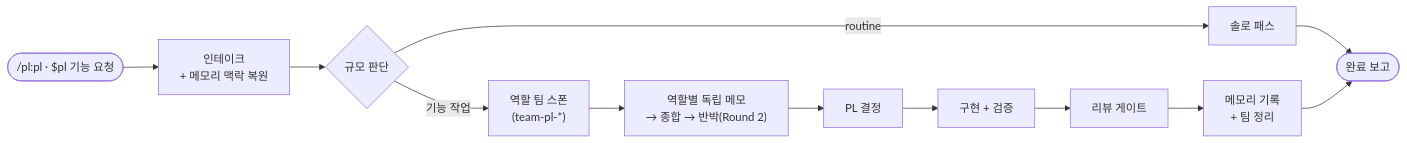
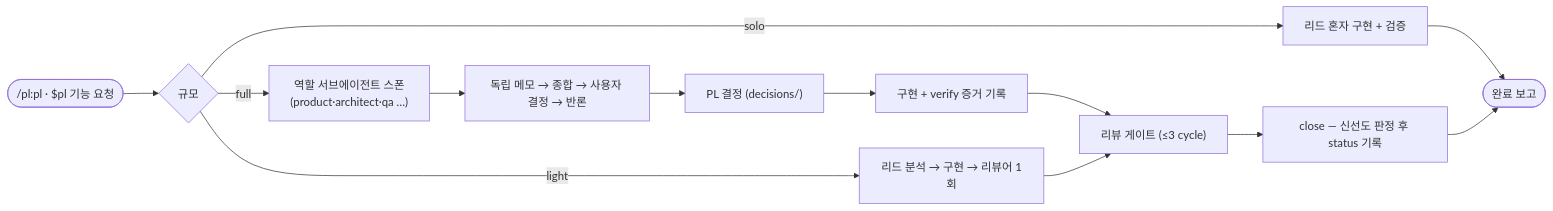
Before and after one commit to zz1996zz/agent-plugins: the diagram in plugins/pl/README.md, drawn with Mermaid. The commit also changed other lines of this file and 1 other file, not shown here.

````diff
--- a/plugins/pl/README.md
+++ b/plugins/pl/README.md
@@ -21,14 +21,15 @@
 ```mermaid
 flowchart LR
-    A(["/pl:pl · $pl 기능 요청"]) --> B["인테이크<br/>+ 메모리 맥락 복원"]
-    B --> C{"규모 판단"}
-    C -->|"routine"| D["솔로 패스"]
-    C -->|"기능 작업"| E["역할 팀 스폰<br/>(team-pl-*)"]
-    E --> F["역할별 독립 메모<br/>→ 종합 → 반박(Round 2)"]
-    F --> G["PL 결정"]
-    G --> H["구현 + 검증"]
-    H --> I["리뷰 게이트"]
-    I --> J["메모리 기록<br/>+ 팀 정리"]
-    D --> K([완료 보고])
+    A(["/pl:pl · $pl 기능 요청"]) --> B{"규모"}
+    B -->|"solo"| C["리드 혼자 구현 + 검증"]
+    B -->|"light"| D["리드 분석 → 구현 → 리뷰어 1회"]
+    B -->|"full"| E["역할 서브에이전트 스폰<br/>(product·architect·qa …)"]
+    E --> F["독립 메모 → 종합 → 사용자 결정 → 반론"]
+    F --> G["PL 결정 (decisions/)"]
+    G --> H["구현 + verify 증거 기록"]
+    H --> I["리뷰 게이트 (≤3 cycle)"]
+    D --> I
+    I --> J["close — 신선도 판정 후 status 기록"]
+    C --> K([완료 보고])
     J --> K
 ```
````
